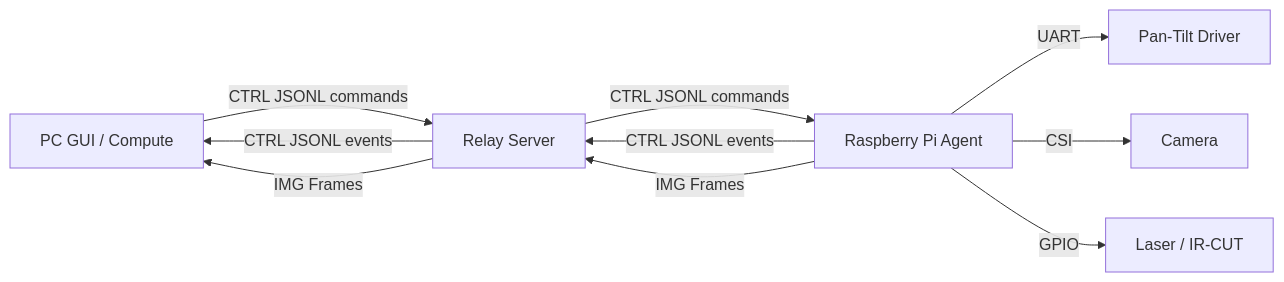
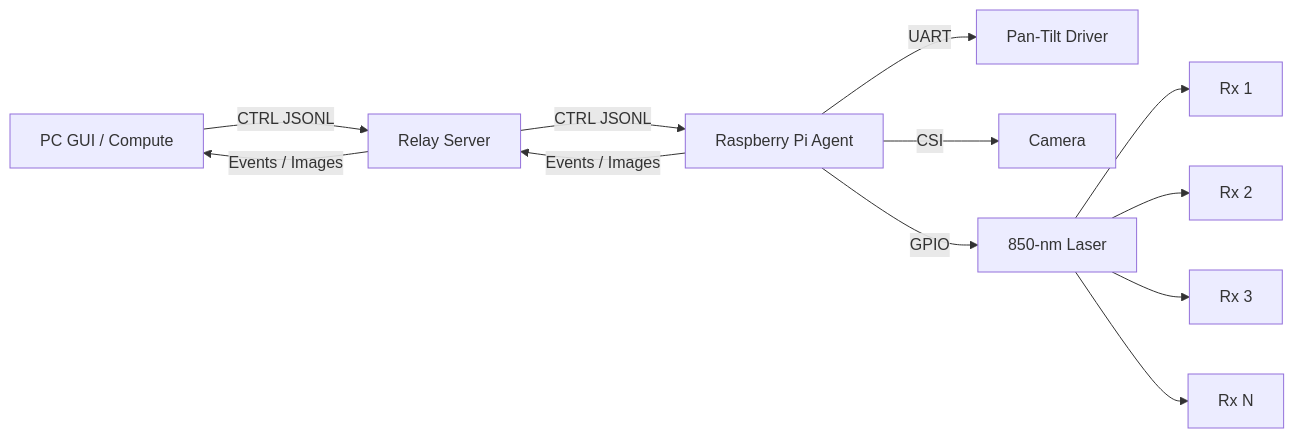
The diagram in README.md (leontnhaps/DLC_system_model), drawn with Mermaid before and after one commit. The commit also changed other lines of this file and 3 other files, not shown here.

````diff
--- a/README.md
+++ b/README.md
@@ -36,12 +82,30 @@
 ```mermaid
 graph LR
-    GUI[PC GUI / Compute] -->|CTRL JSONL commands| S[Relay Server]
-    S -->|CTRL JSONL commands| PI[Raspberry Pi Agent]
-    PI -->|CTRL JSONL events| S
-    S -->|CTRL JSONL events| GUI
-    PI -->|IMG Frames| S
-    S -->|IMG Frames| GUI
-    PI -->|UART| ESP32[Pan-Tilt Driver]
-    PI -->|CSI| CAM[Camera]
-    PI -->|GPIO| LASER[Laser / IR-CUT]
+
+    GUI["PC GUI / Compute"]
+    SERVER["Relay Server"]
+    PI["Raspberry Pi Agent"]
+    DRIVER["Pan-Tilt Driver"]
+    CAMERA["Camera"]
+    LASER["850-nm Laser"]
+
+    RX1["Rx 1"]
+    RX2["Rx 2"]
+    RX3["Rx 3"]
+    RXN["Rx N"]
+
+    GUI -->|CTRL JSONL| SERVER
+    SERVER -->|CTRL JSONL| PI
+
+    PI -->|Events / Images| SERVER
+    SERVER -->|Events / Images| GUI
+
+    PI -->|UART| DRIVER
+    PI -->|CSI| CAMERA
+    PI -->|GPIO| LASER
+
+    LASER --> RX1
+    LASER --> RX2
+    LASER --> RX3
+    LASER --> RXN
 ```
````
